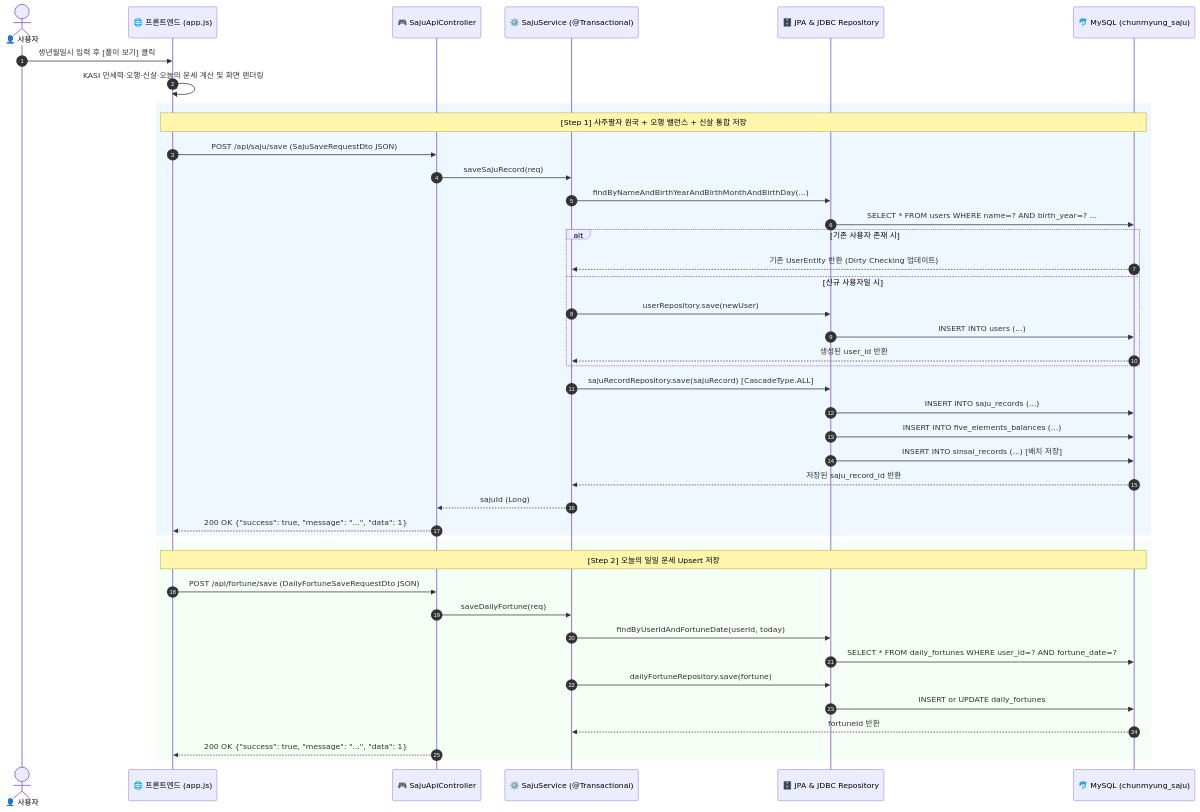
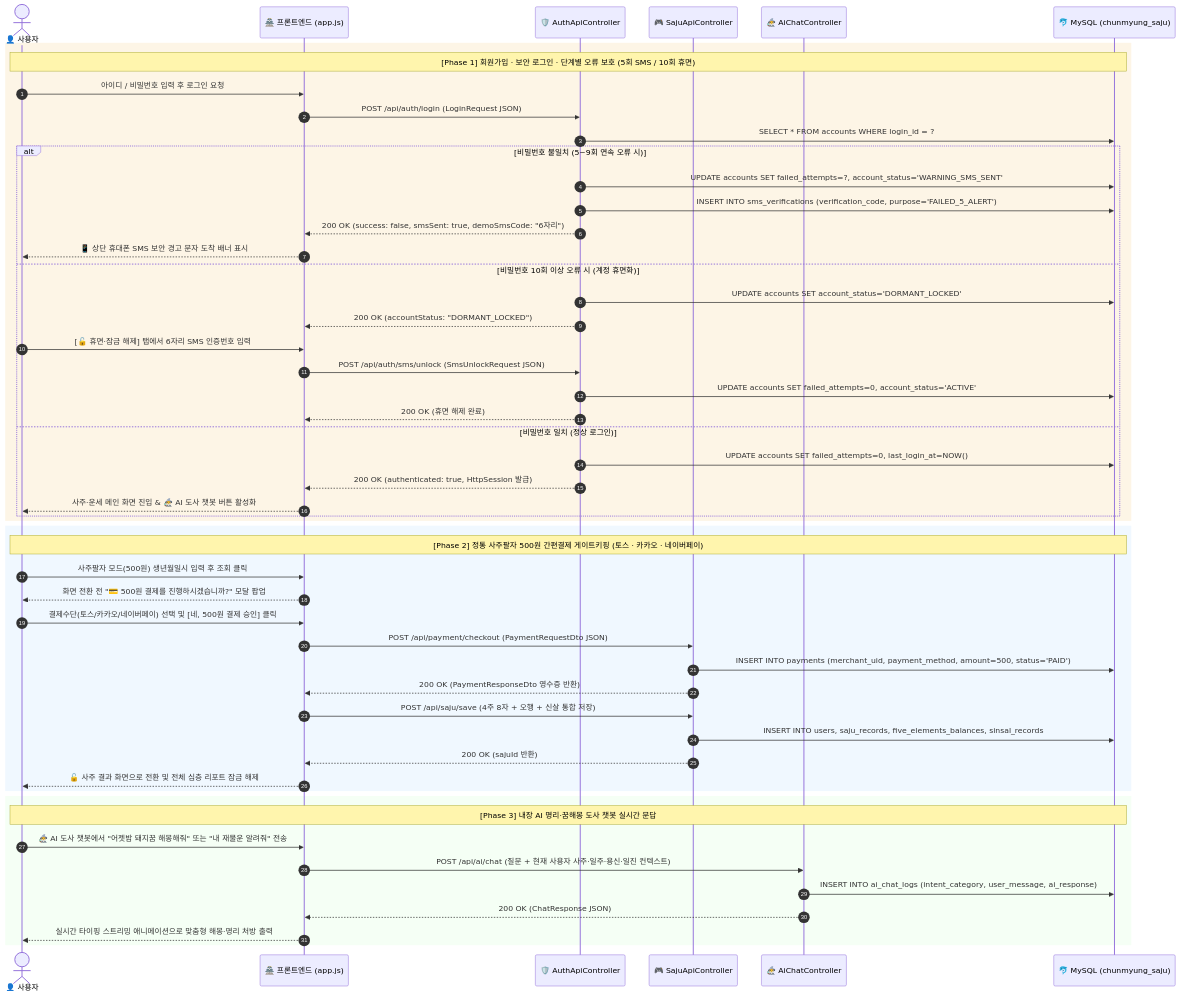
One commit to minjae0529-blip/Daily-Fortune changed the second of 3 diagrams in README.md. Above: the diagram before and after it, drawn with Mermaid. The commit also changed other lines of this file and 29 other files, not shown here.

Commit message:
feat & docs: 한국 전통 디자인, 보안 로그인(5회 SMS·10회 휴면해제·SQLi 방어), 500원 간편결제(토스·카카오·네이버페이), 내장 AI 명리·꿈해몽 도사 챗봇 및 프로젝트 README 최신화

````diff
--- a/README.md
+++ b/README.md
@@ -106,47 +106,57 @@
 ```mermaid
 sequenceDiagram
     autonumber
     actor User as 👤 사용자
-    participant FE as 🌐 프론트엔드 (app.js)
-    participant CTRL as 🎮 SajuApiController
-    participant SVC as ⚙️ SajuService (@Transactional)
-    participant REPO as 🗄️ JPA & JDBC Repository
+    participant FE as 🏯 프론트엔드 (app.js)
+    participant AUTH as 🛡️ AuthApiController
+    participant SAJU as 🎮 SajuApiController
+    participant AI as 🧙‍♂️ AiChatController
     participant DB as 🐬 MySQL (chunmyung_saju)
 
-    User->>FE: 생년월일시 입력 후 [풀이 보기] 클릭
-    FE->>FE: KASI 만세력·오행·신살·오늘의 운세 계산 및 화면 렌더링
+    rect rgb(253, 245, 230)
+        Note over User,DB: [Phase 1] 회원가입 · 보안 로그인 · 단계별 오류 보호 (5회 SMS / 10회 휴면)
+        User->>FE: 아이디 / 비밀번호 입력 후 로그인 요청
+        FE->>AUTH: POST /api/auth/login (LoginRequest JSON)
+        AUTH->>DB: SELECT * FROM accounts WHERE login_id = ?
+        alt 비밀번호 불일치 (5~9회 연속 오류 시)
+            AUTH->>DB: UPDATE accounts SET failed_attempts=?, account_status='WARNING_SMS_SENT'
+            AUTH->>DB: INSERT INTO sms_verifications (verification_code, purpose='FAILED_5_ALERT')
+            AUTH-->>FE: 200 OK (success: false, smsSent: true, demoSmsCode: "6자리")
+            FE-->>User: 📱 상단 휴대폰 SMS 보안 경고 문자 도착 배너 표시
+        else 비밀번호 10회 이상 오류 시 (계정 휴면화)
+            AUTH->>DB: UPDATE accounts SET account_status='DORMANT_LOCKED'
+            AUTH-->>FE: 200 OK (accountStatus: "DORMANT_LOCKED")
+            User->>FE: [🔓 휴면·잠금 해제] 탭에서 6자리 SMS 인증번호 입력
+            FE->>AUTH: POST /api/auth/sms/unlock (SmsUnlockRequest JSON)
+            AUTH->>DB: UPDATE accounts SET failed_attempts=0, account_status='ACTIVE'
+            AUTH-->>FE: 200 OK (휴면 해제 완료)
+        else 비밀번호 일치 (정상 로그인)
+            AUTH->>DB: UPDATE accounts SET failed_attempts=0, last_login_at=NOW()
+            AUTH-->>FE: 200 OK (authenticated: true, HttpSession 발급)
+            FE-->>User: 사주·운세 메인 화면 진입 & 🧙‍♂️ AI 도사 챗봇 버튼 활성화
+        end
+    end
 
     rect rgb(240, 248, 255)
-        Note over FE,DB: [Step 1] 사주팔자 원국 + 오행 밸런스 + 신살 통합 저장
-        FE->>CTRL: POST /api/saju/save (SajuSaveRequestDto JSON)
-        CTRL->>SVC: saveSajuRecord(req)
-        SVC->>REPO: findByNameAndBirthYearAndBirthMonthAndBirthDay(...)
-        REPO->>DB: SELECT * FROM users WHERE name=? AND birth_year=? ...
-        alt 기존 사용자 존재 시
-            DB-->>SVC: 기존 UserEntity 반환 (Dirty Checking 업데이트)
-        else 신규 사용자일 시
-            SVC->>REPO: userRepository.save(newUser)
-            REPO->>DB: INSERT INTO users (...)
-            DB-->>SVC: 생성된 user_id 반환
-        end
-        SVC->>REPO: sajuRecordRepository.save(sajuRecord) [CascadeType.ALL]
-        REPO->>DB: INSERT INTO saju_records (...)
-        REPO->>DB: INSERT INTO five_elements_balances (...)
-        REPO->>DB: INSERT INTO sinsal_records (...) [배치 저장]
-        DB-->>SVC: 저장된 saju_record_id 반환
-        SVC-->>CTRL: sajuId (Long)
-        CTRL-->>FE: 200 OK {"success": true, "message": "...", "data": 1}
+        Note over User,DB: [Phase 2] 정통 사주팔자 500원 간편결제 게이트키핑 (토스 · 카카오 · 네이버페이)
+        User->>FE: 사주팔자 모드(500원) 생년월일시 입력 후 조회 클릭
+        FE-->>User: 화면 전환 전 "💳 500원 결제를 진행하시겠습니까?" 모달 팝업
+        User->>FE: 결제수단(토스/카카오/네이버페이) 선택 및 [네, 500원 결제 승인] 클릭
+        FE->>SAJU: POST /api/payment/checkout (PaymentRequestDto JSON)
+        SAJU->>DB: INSERT INTO payments (merchant_uid, payment_method, amount=500, status='PAID')
+        SAJU-->>FE: 200 OK (PaymentResponseDto 영수증 반환)
+        FE->>SAJU: POST /api/saju/save (4주 8자 + 오행 + 신살 통합 저장)
+        SAJU->>DB: INSERT INTO users, saju_records, five_elements_balances, sinsal_records
+        SAJU-->>FE: 200 OK (sajuId 반환)
+        FE-->>User: 🔓 사주 결과 화면으로 전환 및 전체 심층 리포트 잠금 해제
     end
 
     rect rgb(245, 255, 245)
-        Note over FE,DB: [Step 2] 오늘의 일일 운세 Upsert 저장
-        FE->>CTRL: POST /api/fortune/save (DailyFortuneSaveRequestDto JSON)
-        CTRL->>SVC: saveDailyFortune(req)
-        SVC->>REPO: findByUserIdAndFortuneDate(userId, today)
-        REPO->>DB: SELECT * FROM daily_fortunes WHERE user_id=? AND fortune_date=?
-        SVC->>REPO: dailyFortuneRepository.save(fortune)
-        REPO->>DB: INSERT or UPDATE daily_fortunes
-        DB-->>SVC: fortuneId 반환
-        CTRL-->>FE: 200 OK {"success": true, "message": "...", "data": 1}
+        Note over User,DB: [Phase 3] 내장 AI 명리·꿈해몽 도사 챗봇 실시간 문답
+        User->>FE: 🧙‍♂️ AI 도사 챗봇에서 "어젯밤 돼지꿈 해몽해줘" 또는 "내 재물운 알려줘" 전송
+        FE->>AI: POST /api/ai/chat (질문 + 현재 사용자 사주·일주·용신·일진 컨텍스트)
+        AI->>DB: INSERT INTO ai_chat_logs (intent_category, user_message, ai_response)
+        AI-->>FE: 200 OK (ChatResponse JSON)
+        FE-->>User: 실시간 타이핑 스트리밍 애니메이션으로 맞춤형 해몽·명리 처방 출력
     end
 ```
````
